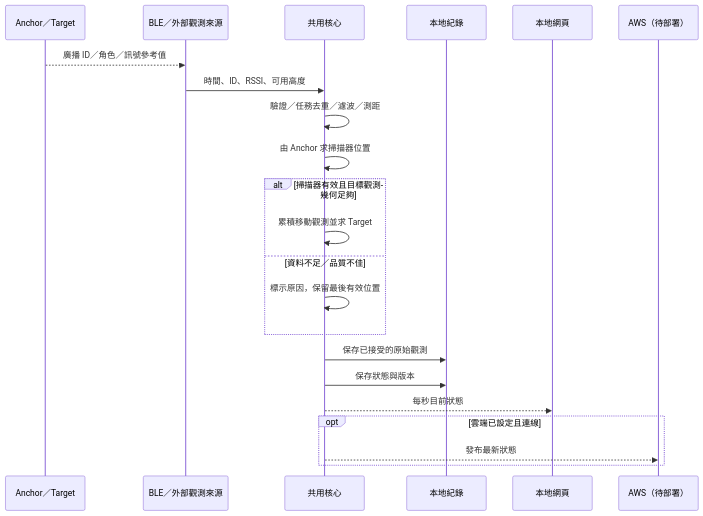
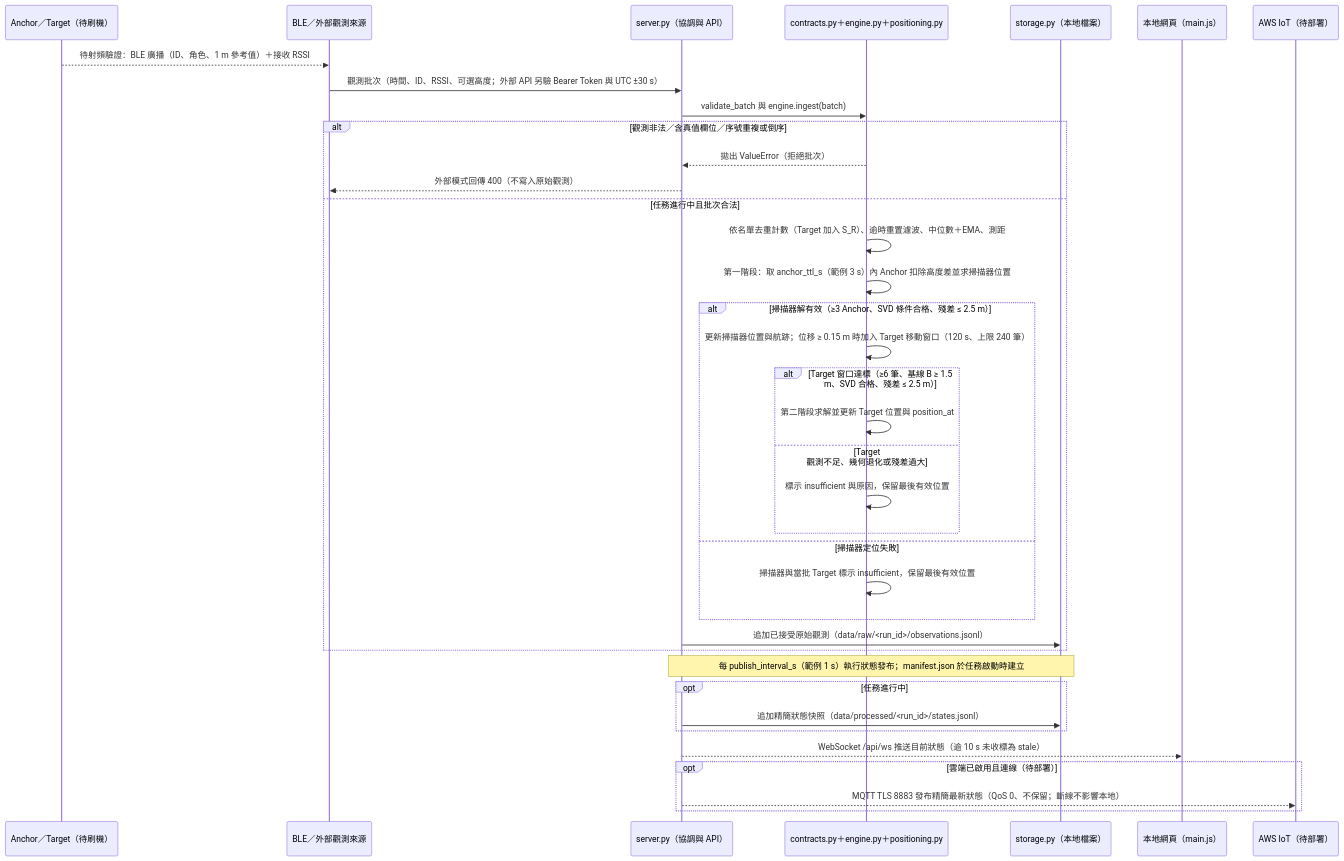
One commit to kaiy860123/ble-mobile-inventory changed the first of 2 diagrams in docs/report/diagrams/04-sequence.md. Above: the diagram before and after it, drawn with Mermaid. The commit also changed other lines of this file and 25 other files, not shown here.

````diff
--- a/docs/report/diagrams/04-sequence.md
+++ b/docs/report/diagrams/04-sequence.md
@@ -5,24 +5,40 @@
 ```mermaid
 sequenceDiagram
-  participant Tag as Anchor／Target
+  participant Tag as Anchor／Target（待刷機）
   participant Input as BLE／外部觀測來源
-  participant Core as 共用核心
-  participant Store as 本地紀錄
-  participant Web as 本地網頁
-  participant Cloud as AWS（待部署）
-  Tag-->>Input: 廣播 ID／角色／訊號參考值
-  Input->>Core: 時間、ID、RSSI、可用高度
-  Core->>Core: 驗證／任務去重／濾波／測距
-  Core->>Core: 由 Anchor 求掃描器位置
-  alt 掃描器有效且目標觀測幾何足夠
-    Core->>Core: 累積移動觀測並求 Target
-  else 資料不足／品質不佳
-    Core->>Core: 標示原因，保留最後有效位置
+  participant Server as server.py（協調與 API）
+  participant Core as contracts.py＋engine.py＋positioning.py
+  participant Store as storage.py（本地檔案）
+  participant Web as 本地網頁（main.js）
+  participant Cloud as AWS IoT（待部署）
+
+  Tag-->>Input: 待射頻驗證：BLE 廣播（ID、角色、1 m 參考值）＋接收 RSSI
+  Input->>Server: 觀測批次（時間、ID、RSSI、可選高度；外部 API 另驗 Bearer Token 與 UTC ±30 s）
+  Server->>Core: validate_batch 與 engine.ingest(batch)
+  alt 觀測非法／含真值欄位／序號重複或倒序
+    Core-->>Server: 拋出 ValueError（拒絕批次）
+    Server-->>Input: 外部模式回傳 400（不寫入原始觀測）
+  else 任務進行中且批次合法
+    Core->>Core: 依名單去重計數（Target 加入 S_R）、逾時重置濾波、中位數＋EMA、測距
+    Core->>Core: 第一階段：取 anchor_ttl_s（範例 3 s）內 Anchor 扣除高度差並求掃描器位置
+    alt 掃描器解有效（≥3 Anchor、SVD 條件合格、殘差 ≤ 2.5 m）
+      Core->>Core: 更新掃描器位置與航跡；位移 ≥ 0.15 m 時加入 Target 移動窗口（120 s、上限 240 筆）
+      alt Target 窗口達標（≥6 筆、基線 B ≥ 1.5 m、SVD 合格、殘差 ≤ 2.5 m）
+        Core->>Core: 第二階段求解並更新 Target 位置與 position_at
+      else Target 觀測不足、幾何退化或殘差過大
+        Core->>Core: 標示 insufficient 與原因，保留最後有效位置
+      end
+    else 掃描器定位失敗
+      Core->>Core: 掃描器與當批 Target 標示 insufficient，保留最後有效位置
+    end
+    Server->>Store: 追加已接受原始觀測（data/raw/<run_id>/observations.jsonl）
   end
-  Core->>Store: 保存已接受的原始觀測
-  Core->>Store: 保存狀態與版本
-  Core-->>Web: 每秒目前狀態
-  opt 雲端已設定且連線
-    Core-->>Cloud: 發布最新狀態
+  Note over Server,Store: 每 publish_interval_s（範例 1 s）執行狀態發布；manifest.json 於任務啟動時建立
+  opt 任務進行中
+    Server->>Store: 追加精簡狀態快照（data/processed/<run_id>/states.jsonl）
+  end
+  Server-->>Web: WebSocket /api/ws 推送目前狀態（逾 10 s 未收標為 stale）
+  opt 雲端已啟用且連線（待部署）
+    Server-->>Cloud: MQTT TLS 8883 發布精簡最新狀態（QoS 0、不保留；斷線不影響本地）
   end
 ```
````
